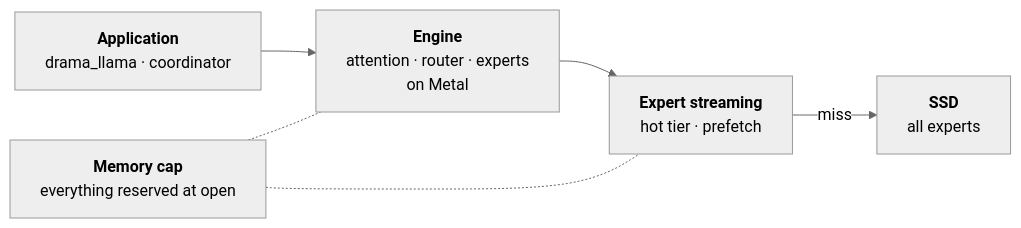
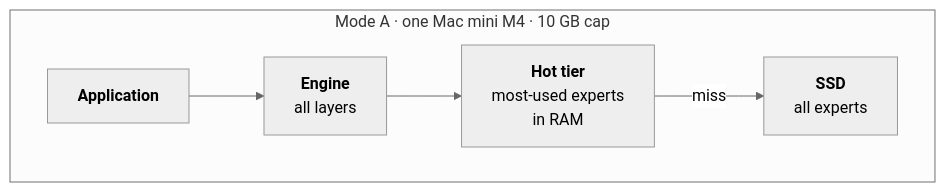
One commit to transybao1393/moeflux changed the first of 2 diagrams in README.md. Above: the diagram before and after it, drawn with Mermaid (neutral theme). The commit also changed other lines of this file, not shown here.

First line of the commit message:
docs(readme): label architecture diagrams as mode A and mode B

````diff
--- a/README.md
+++ b/README.md
@@ -39,14 +46,9 @@
 ```mermaid
 flowchart LR
-    APP["<b>Application</b><br/>drama_llama · coordinator"]
-    ENGINE["<b>Engine</b><br/>attention · router · experts<br/>on Metal"]
-    CAP["<b>Memory cap</b><br/>everything reserved at open"]
-    STREAM["<b>Expert streaming</b><br/>hot tier · prefetch"]
-    SSD["<b>SSD</b><br/>all experts"]
-
-    APP --> ENGINE
-    ENGINE --> STREAM
-    STREAM -- "miss" --> SSD
-    CAP -.- ENGINE
-    CAP -.- STREAM
+    subgraph A["Mode A · one Mac mini M4 · 10 GB cap"]
+        direction LR
+        APP["<b>Application</b>"] --> ENGINE["<b>Engine</b><br/>all layers"]
+        ENGINE --> HOT["<b>Hot tier</b><br/>most-used experts<br/>in RAM"]
+        HOT -- "miss" --> SSD["<b>SSD</b><br/>all experts"]
+    end
 ```
````
